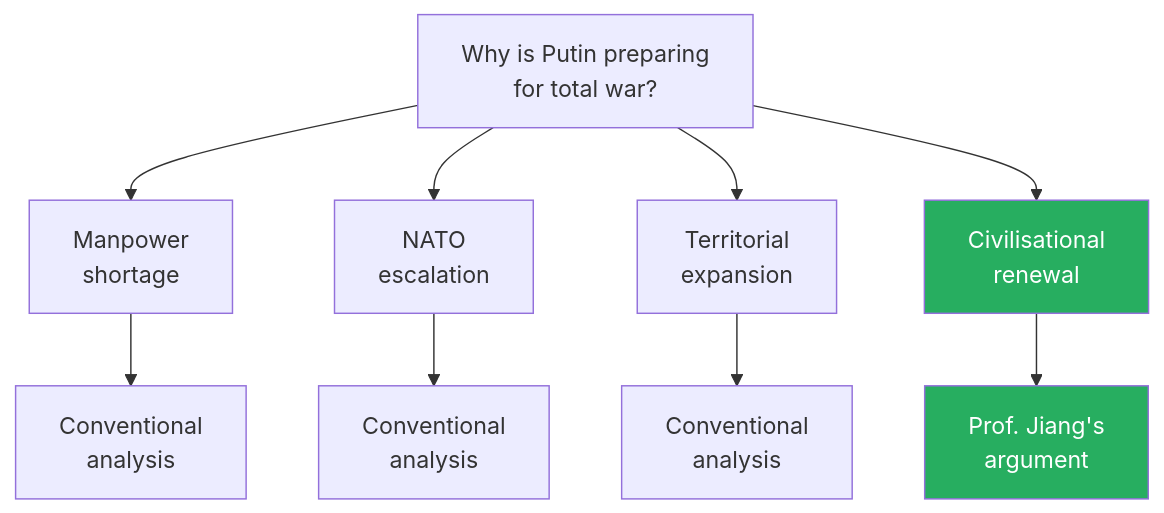
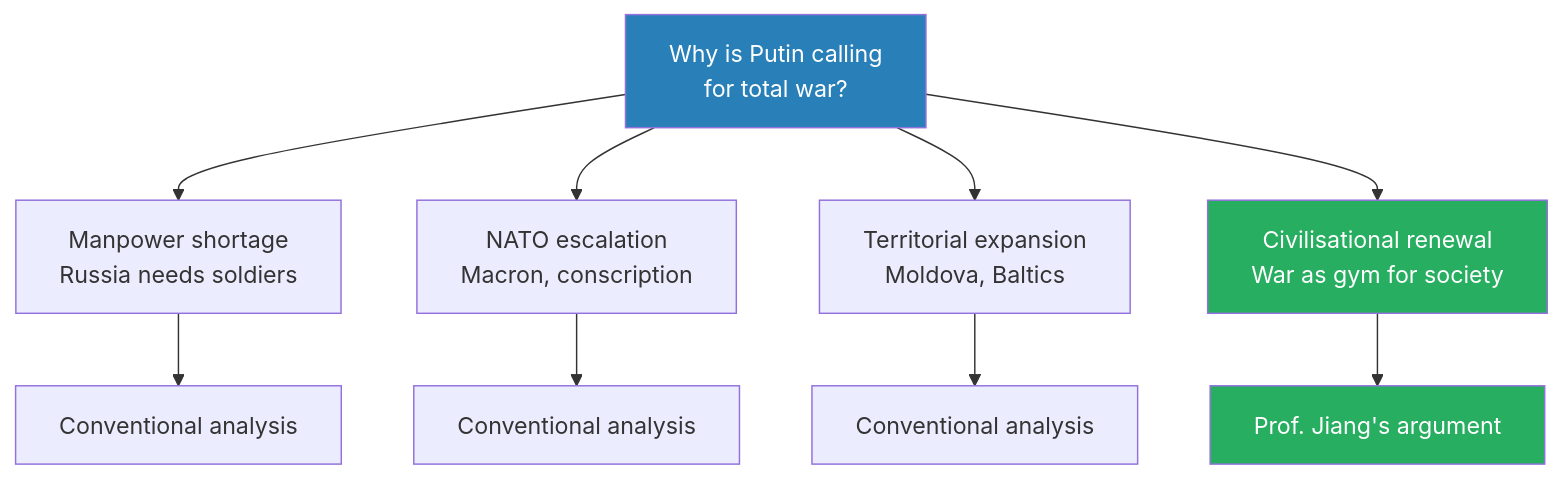
The first of 6 diagrams in summaries/Lectures/Geo-Strategy/09 - Putin's War for the Soul of Russia.md (alius33/reader), drawn with Mermaid before and after one commit. The commit also changed other lines of this file and 26 other files, not shown here.

````diff
--- a/summaries/Lectures/Geo-Strategy/09 - Putin's War for the Soul of Russia.md
+++ b/summaries/Lectures/Geo-Strategy/09 - Putin's War for the Soul of Russia.md
@@ -32,14 +57,15 @@
 ```mermaid
 flowchart TB
-    Q["Why is Putin preparing<br/>for total war?"]
-    Q --> E1["Manpower<br/>shortage"]
-    Q --> E2["NATO<br/>escalation"]
-    Q --> E3["Territorial<br/>expansion"]
-    Q --> E4["Civilisational<br/>renewal"]
-    E1 --> R1["Conventional<br/>analysis"]
-    E2 --> R2["Conventional<br/>analysis"]
-    E3 --> R3["Conventional<br/>analysis"]
-    E4 --> R4["Prof. Jiang's<br/>argument"]
+    Q["Why is Putin calling<br/>for total war?"]
+    Q --> E1["Manpower shortage<br/>Russia needs soldiers"]
+    Q --> E2["NATO escalation<br/>Macron, conscription"]
+    Q --> E3["Territorial expansion<br/>Moldova, Baltics"]
+    Q --> E4["Civilisational renewal<br/>War as gym for society"]
+    E1 --> R1["Conventional analysis"]
+    E2 --> R2["Conventional analysis"]
+    E3 --> R3["Conventional analysis"]
+    E4 --> R4["Prof. Jiang's argument"]
     style E4 fill:#27ae60,color:#fff
     style R4 fill:#27ae60,color:#fff
+    style Q fill:#2980b9,color:#fff
 ```
````
